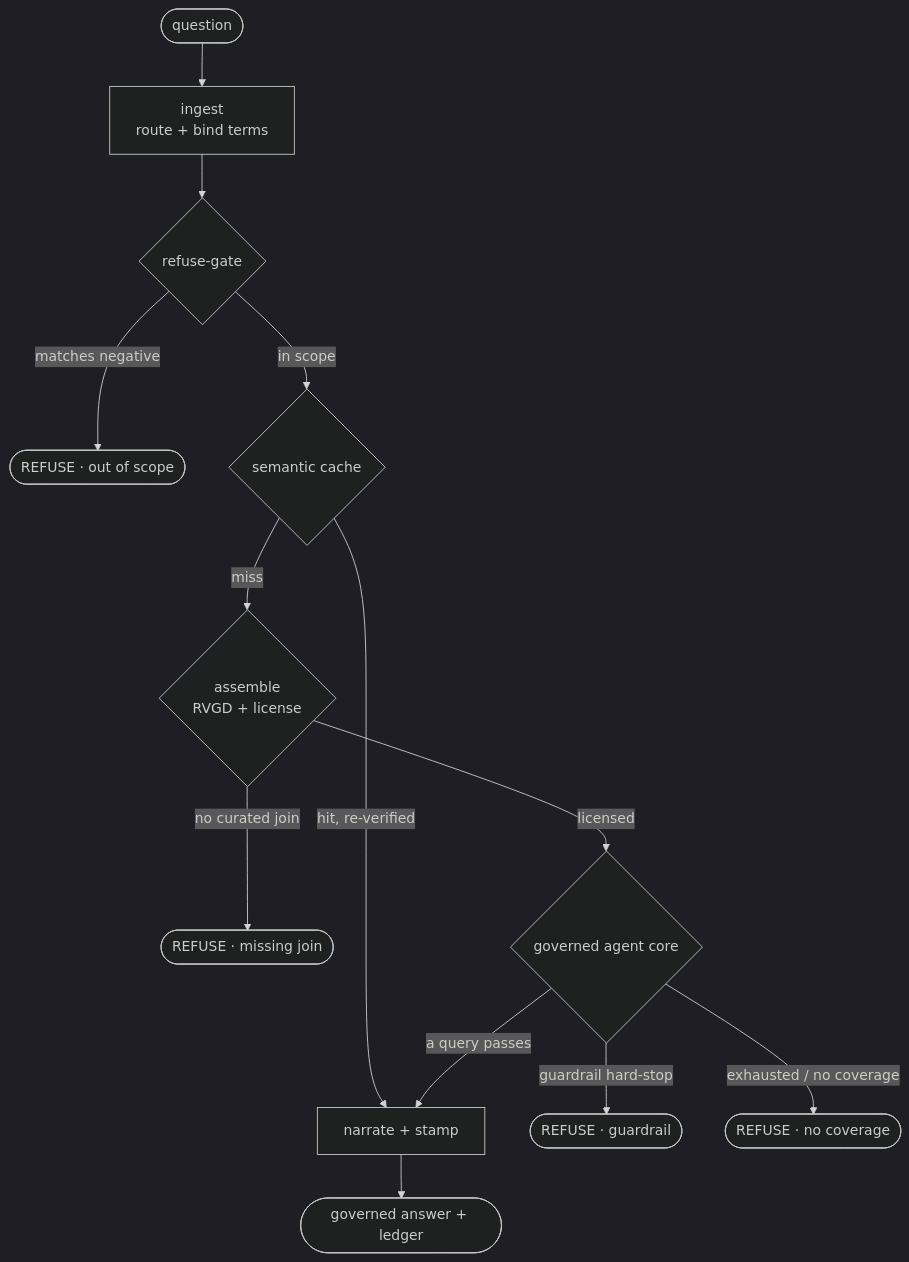
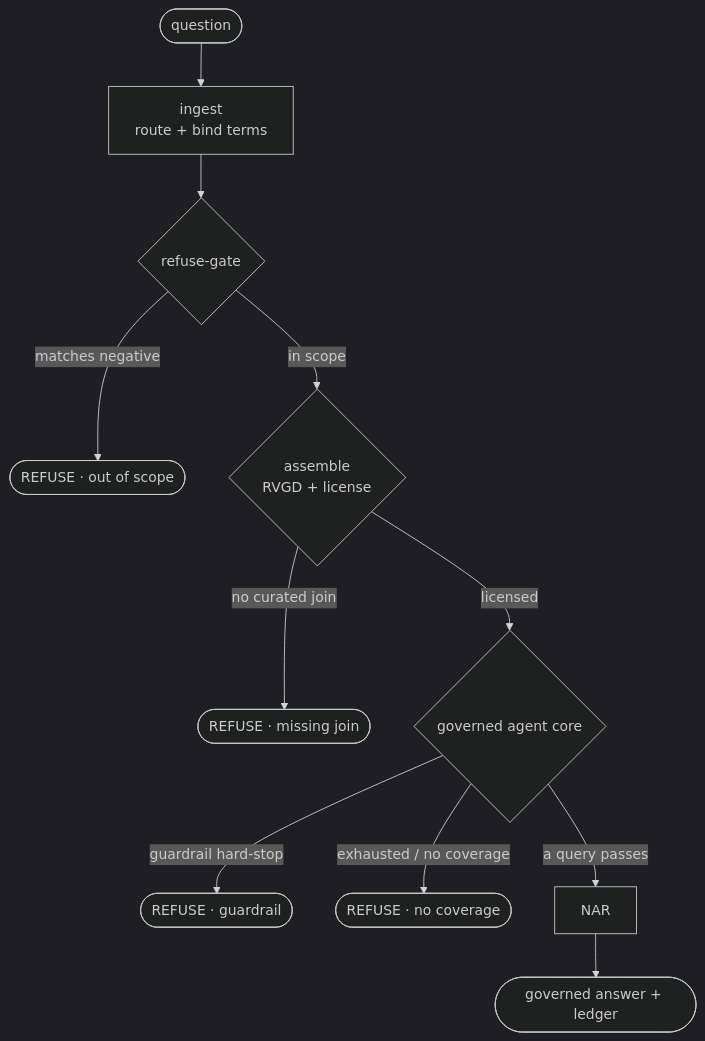
The first of 5 diagrams in docs/analyst-sequence.md (Minhao-Zhang/governed-bi), drawn with Mermaid (dark theme) before and after one commit. The commit also changed other lines of this file and 24 other files, not shown here.

````diff
--- a/docs/analyst-sequence.md
+++ b/docs/analyst-sequence.md
@@ -32,15 +31,13 @@
 ```mermaid
 flowchart TD
     Q([question]) --> ING[ingest<br/>route + bind terms]
     ING --> RG{refuse-gate}
     RG -->|matches negative| XO([REFUSE · out of scope])
-    RG -->|in scope| CA{semantic cache}
-    CA -->|hit, re-verified| NAR[narrate + stamp]
-    CA -->|miss| ASM{assemble<br/>RVGD + license}
+    RG -->|in scope| ASM{assemble<br/>RVGD + license}
     ASM -->|no curated join| XE([REFUSE · missing join])
     ASM -->|licensed| AG{governed agent core}
     AG -->|guardrail hard-stop| XG([REFUSE · guardrail])
     AG -->|exhausted / no coverage| XN([REFUSE · no coverage])
     AG -->|a query passes| NAR
     NAR --> ANS([governed answer + ledger])
 ```
````
